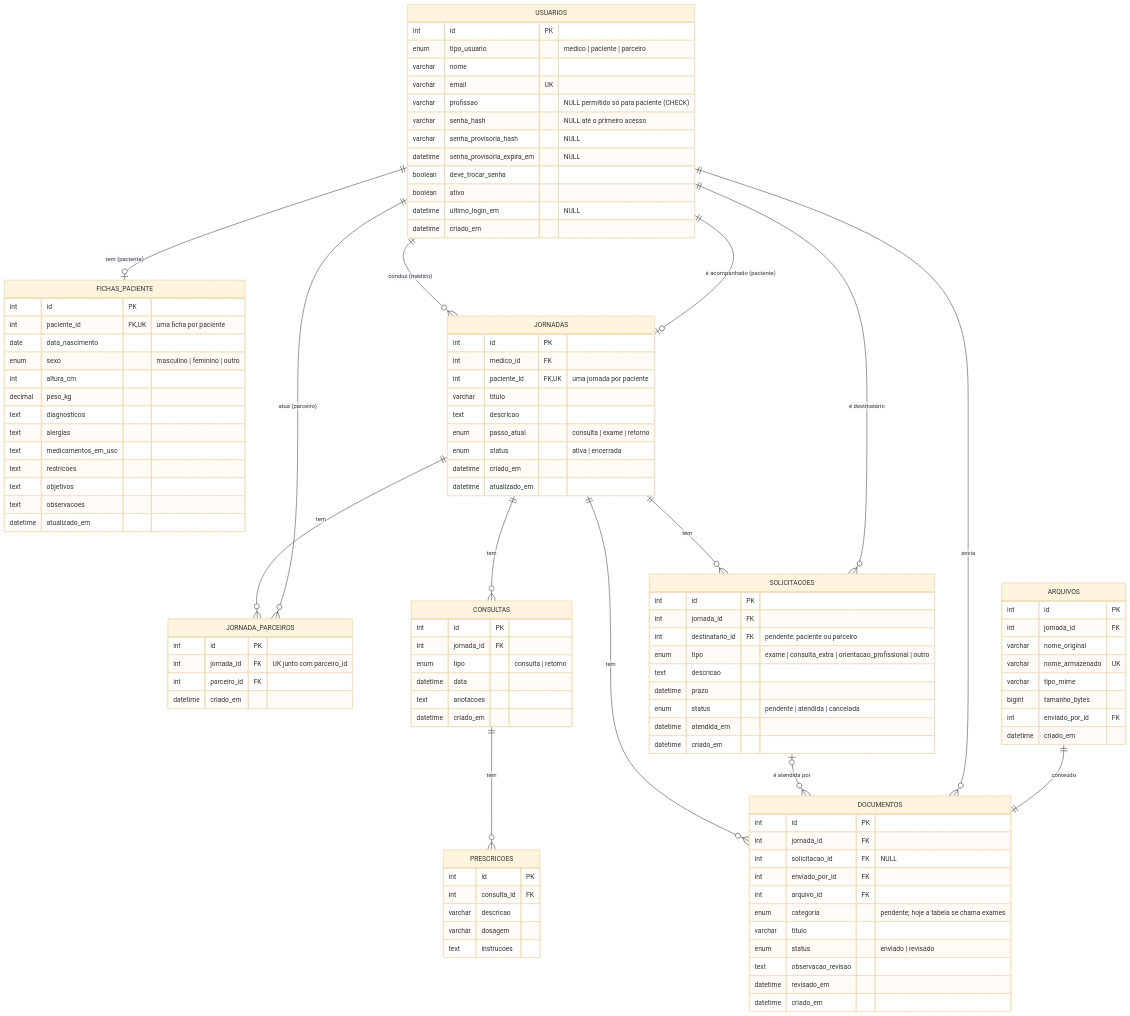
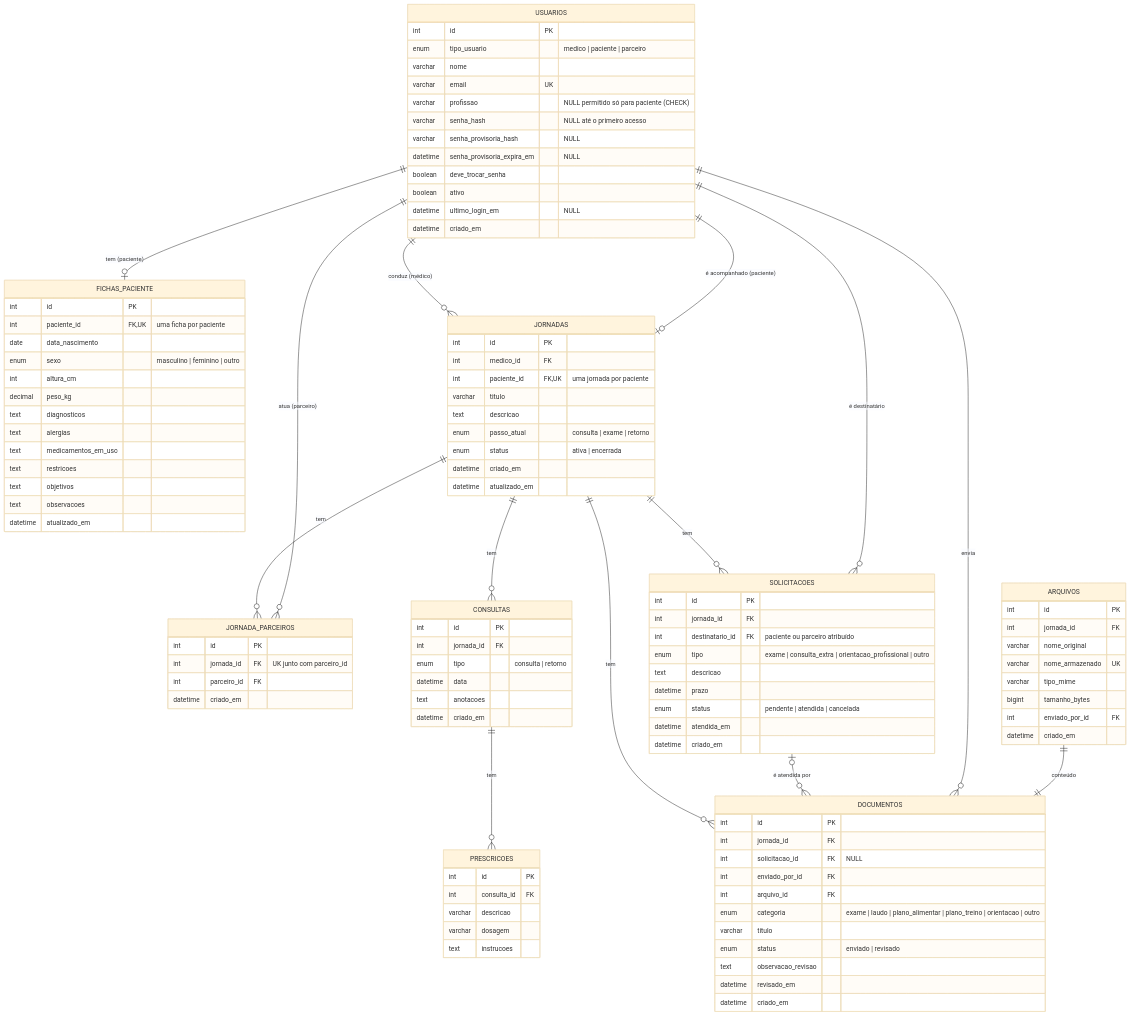
Before and after one commit to Life-Scan/LifeScan: the second of 3 diagrams in docs/diagramas.md, drawn with Mermaid (base theme). The commit also changed other lines of this file and 10 other files, not shown here.

```diff
--- a/docs/diagramas.md
+++ b/docs/diagramas.md
@@ -223,7 +222,7 @@
     SOLICITACOES {
         int id PK
         int jornada_id FK
-        int destinatario_id FK "pendente: paciente ou parceiro"
+        int destinatario_id FK "paciente ou parceiro atribuído"
         enum tipo "exame | consulta_extra | orientacao_profissional | outro"
         text descricao
         datetime prazo
@@ -237,7 +236,7 @@
         int solicitacao_id FK "NULL"
         int enviado_por_id FK
         int arquivo_id FK
-        enum categoria "pendente; hoje a tabela se chama exames"
+        enum categoria "exame | laudo | plano_alimentar | plano_treino | orientacao | outro"
         varchar titulo
         enum status "enviado | revisado"
         text observacao_revisao
```
